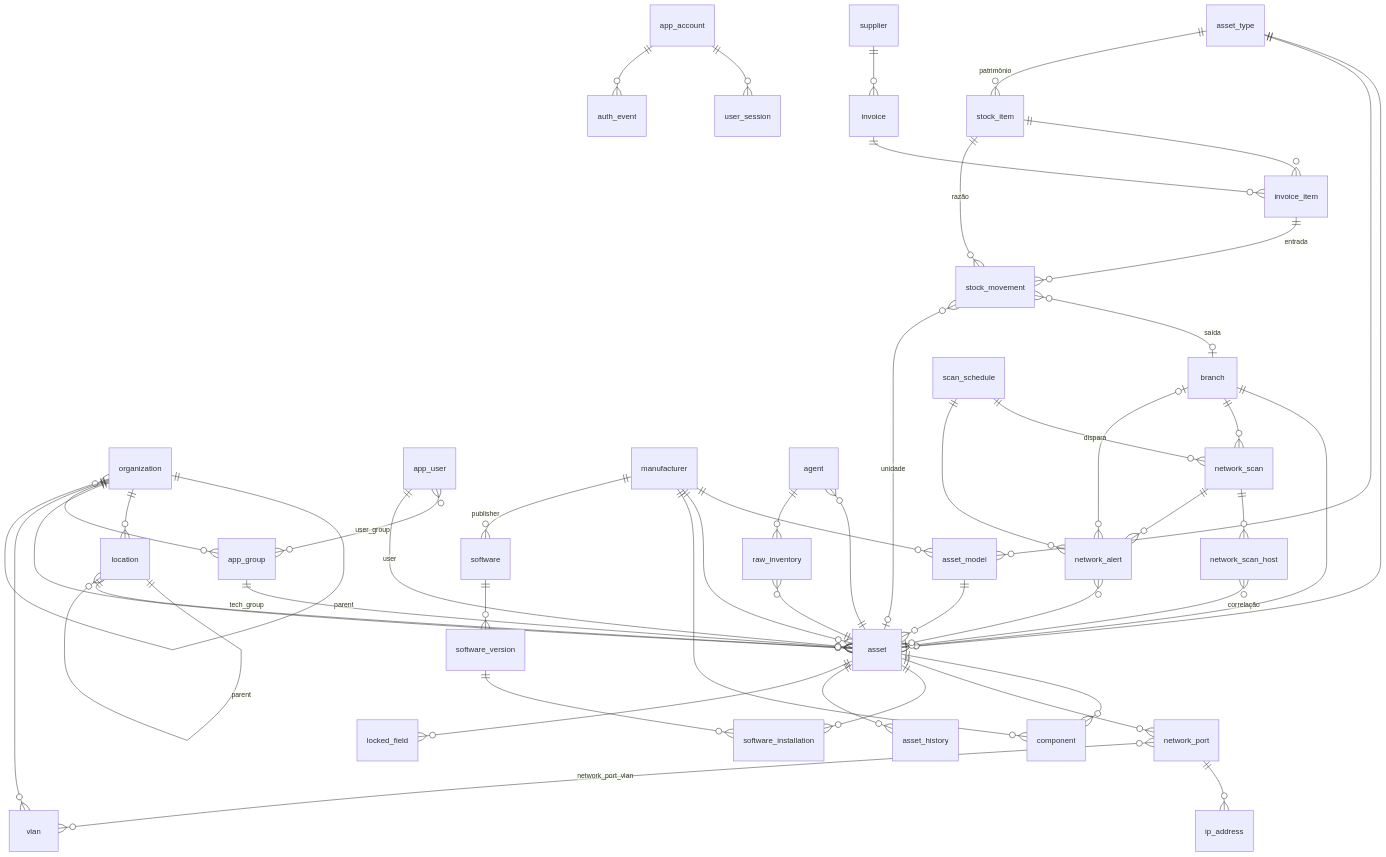
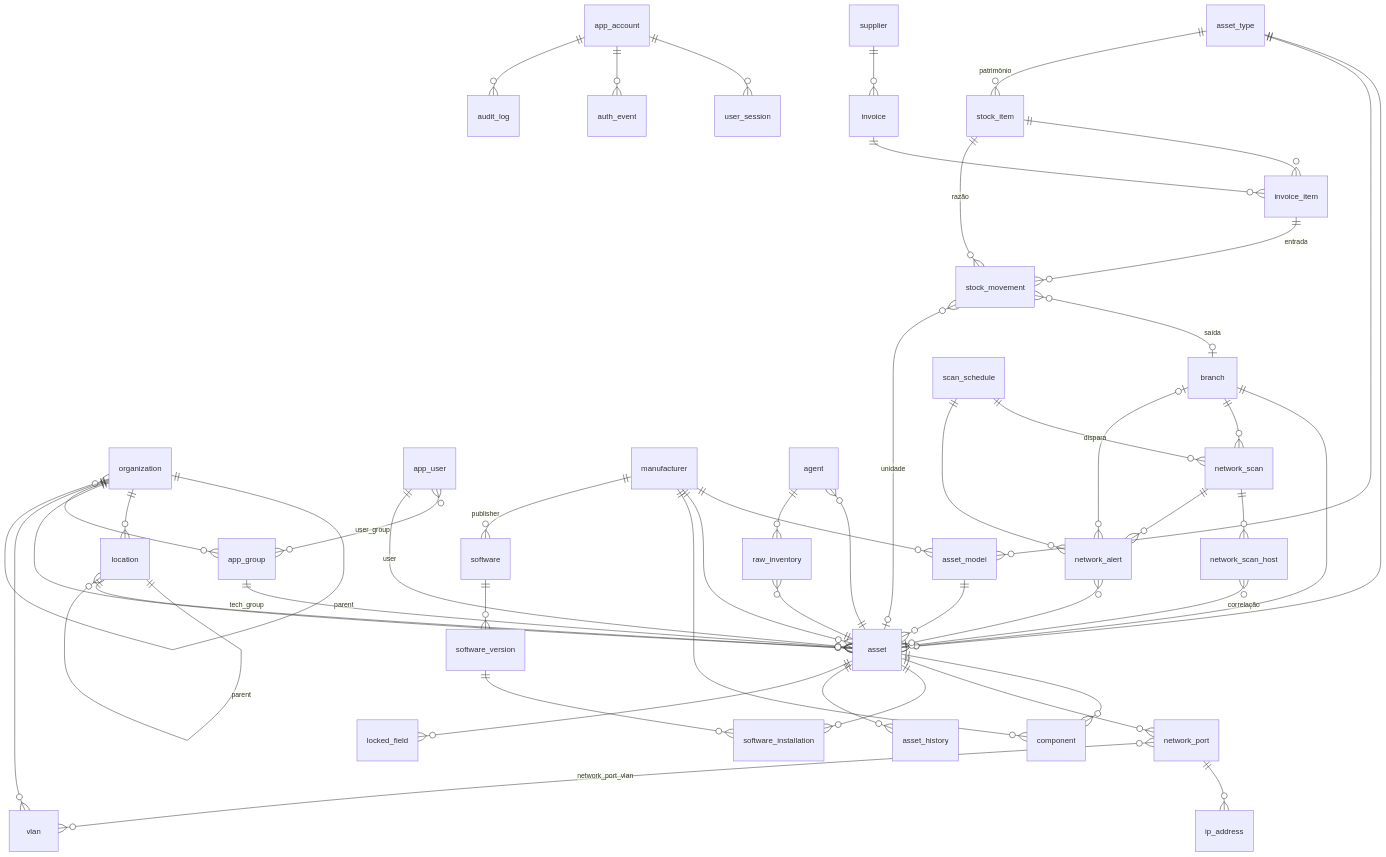
The diagram in docs/database/README.md (ezequielfarina/glpi-bianchi), drawn with Mermaid before and after one commit. The commit also changed other lines of this file and 129 other files, not shown here.

````diff
--- a/docs/database/README.md
+++ b/docs/database/README.md
@@ -15,51 +15,52 @@
 ```mermaid
 erDiagram
     organization ||--o{ organization : parent
     organization ||--o{ location : ""
     location ||--o{ location : parent
     organization ||--o{ asset : ""
     organization ||--o{ app_group : ""
     organization ||--o{ vlan : ""
     app_user }o--o{ app_group : user_group
     app_account ||--o{ user_session : ""
     app_account ||--o{ auth_event : ""
     asset_type ||--o{ asset : ""
     asset_type ||--o{ asset_model : ""
     manufacturer ||--o{ asset_model : ""
     manufacturer ||--o{ asset : ""
     manufacturer ||--o{ component : ""
     manufacturer ||--o{ software : publisher
     asset_model ||--o{ asset : ""
     location ||--o{ asset : ""
     branch ||--o{ asset : ""
     app_user ||--o{ asset : "user"
     app_group ||--o{ asset : "tech_group"
     asset ||--o{ component : ""
     asset ||--o{ network_port : ""
     network_port ||--o{ ip_address : ""
     network_port }o--o{ vlan : network_port_vlan
     software ||--o{ software_version : ""
     software_version ||--o{ software_installation : ""
     asset ||--o{ software_installation : ""
     asset ||--o{ asset_history : ""
     asset ||--o{ locked_field : ""
     agent }o--|| asset : ""
     agent ||--o{ raw_inventory : ""
     raw_inventory }o--|| asset : ""
     branch ||--o{ network_scan : ""
     network_scan ||--o{ network_scan_host : ""
     network_scan_host }o--o| asset : "correlação"
     scan_schedule ||--o{ network_scan : "dispara"
     scan_schedule ||--o{ network_alert : ""
     network_scan ||--o{ network_alert : ""
     network_alert }o--o| asset : ""
     network_alert }o--o| branch : ""
     asset_type ||--o{ stock_item : "patrimônio"
     supplier ||--o{ invoice : ""
     invoice ||--o{ invoice_item : ""
     stock_item ||--o{ invoice_item : ""
     stock_item ||--o{ stock_movement : "razão"
     invoice_item ||--o{ stock_movement : "entrada"
     stock_movement }o--o| branch : "saída"
     stock_movement }o--o| asset : "unidade"
+    app_account ||--o{ audit_log : ""
 ```
````
